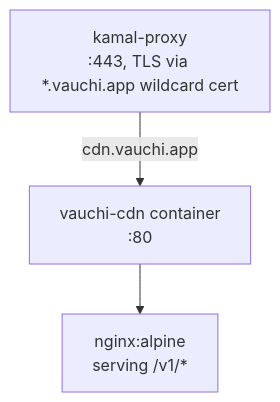
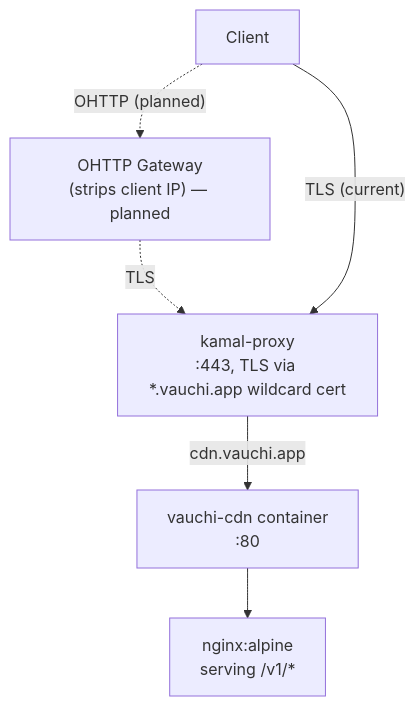
The first of 2 diagrams in cdn/SETUP.md (vauchi/website), drawn with Mermaid before and after one commit. The commit also changed other lines of this file, not shown here.

First line of the commit message:
docs: show OHTTP gateway in CDN architecture as planned hop

````diff
--- a/cdn/SETUP.md
+++ b/cdn/SETUP.md
@@ -10,8 +10,13 @@
 ```mermaid
 flowchart TB
+    Client["Client"]
+    Gateway["OHTTP Gateway<br/>(strips client IP) — planned"]
     Proxy["kamal-proxy<br/>:443, TLS via *.vauchi.app wildcard cert"]
     Container["vauchi-cdn container<br/>:80"]
     Nginx["nginx:alpine<br/>serving /v1/*"]
+    Client -. "OHTTP (planned)" .-> Gateway
+    Gateway -. TLS .-> Proxy
+    Client -- "TLS (current)" --> Proxy
     Proxy -- "cdn.vauchi.app" --> Container
     Container --> Nginx
 ```
````
